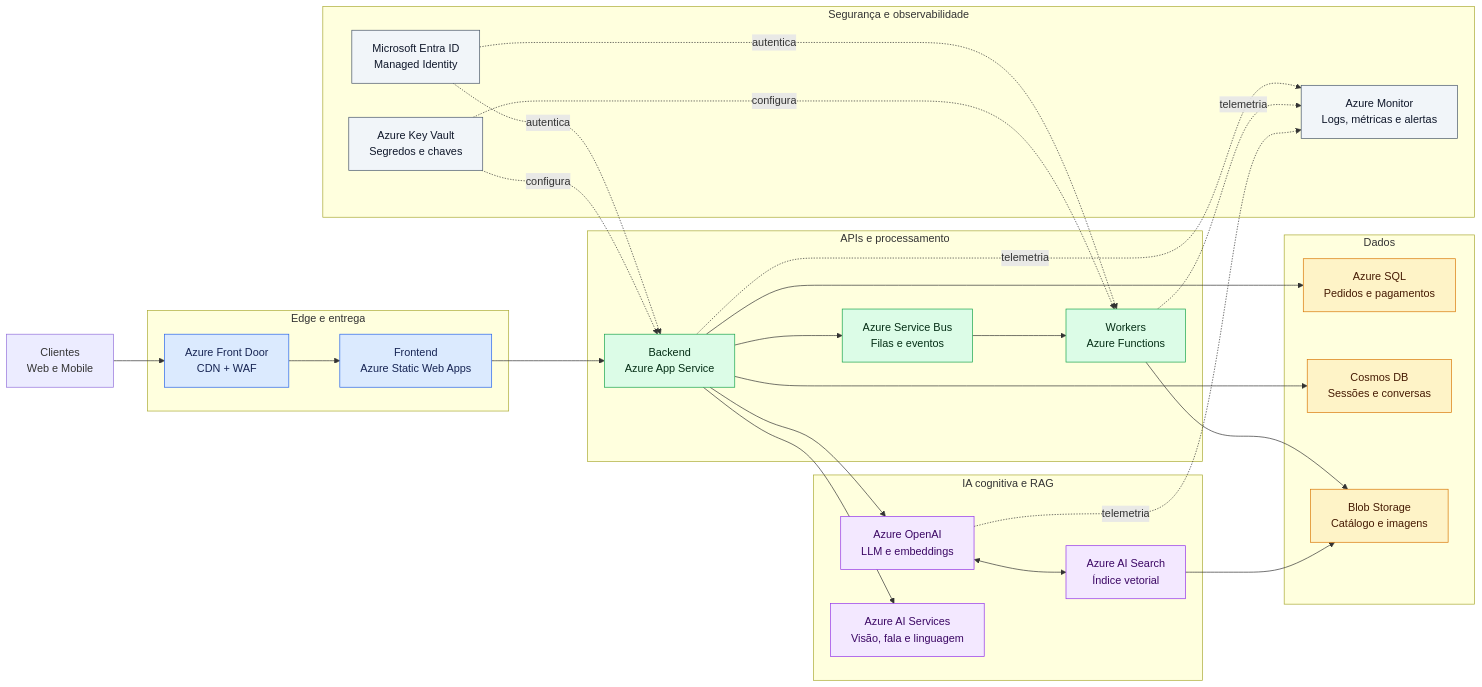
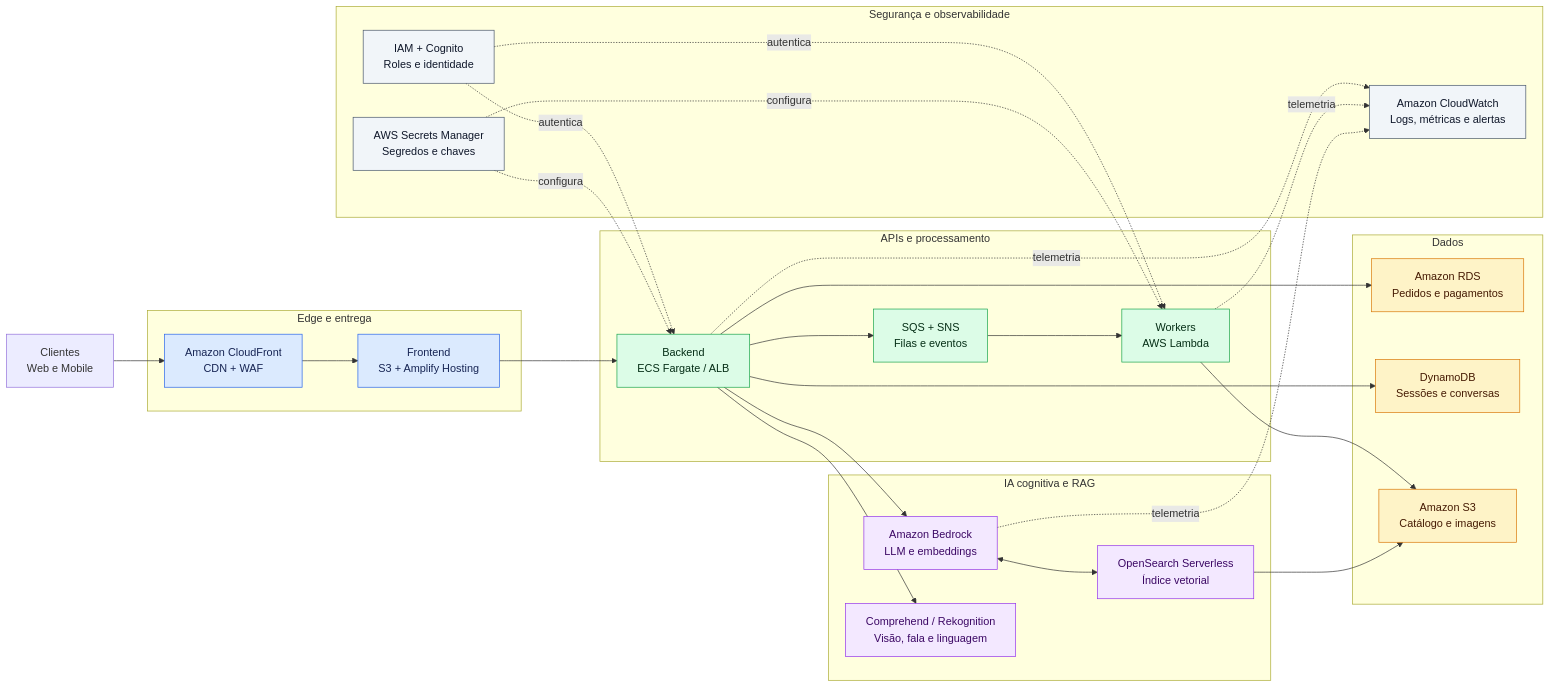
One commit to gabriel-dantas98/fiap-mba-multi-agent changed the diagram in cloud-cognitive/aula01/diagramas/arquitetura-qc-aula01.mmd. Above: the diagram before and after it, drawn with Mermaid. The commit also changed 6 other files, not shown here.

First line of the commit message:
docs(cloud-cognitive): fechar review da Aula 1 com fontes e AWS-first

```diff
--- a/cloud-cognitive/aula01/diagramas/arquitetura-qc-aula01.mmd
+++ b/cloud-cognitive/aula01/diagramas/arquitetura-qc-aula01.mmd
@@ -1,60 +1,60 @@
 flowchart LR
     users["Clientes<br/>Web e Mobile"]
 
     subgraph edge["Edge e entrega"]
-        frontDoor["Azure Front Door<br/>CDN + WAF"]
-        web["Frontend<br/>Azure Static Web Apps"]
+        cloudFront["Amazon CloudFront<br/>CDN + WAF"]
+        web["Frontend<br/>S3 + Amplify Hosting"]
     end
 
     subgraph compute["APIs e processamento"]
-        api["Backend<br/>Azure App Service"]
-        functions["Workers<br/>Azure Functions"]
-        bus["Azure Service Bus<br/>Filas e eventos"]
+        api["Backend<br/>ECS Fargate / ALB"]
+        functions["Workers<br/>AWS Lambda"]
+        bus["SQS + SNS<br/>Filas e eventos"]
     end
 
     subgraph ai["IA cognitiva e RAG"]
-        openai["Azure OpenAI<br/>LLM e embeddings"]
-        search["Azure AI Search<br/>Índice vetorial"]
-        cognitive["Azure AI Services<br/>Visão, fala e linguagem"]
+        bedrock["Amazon Bedrock<br/>LLM e embeddings"]
+        search["OpenSearch Serverless<br/>Índice vetorial"]
+        cognitive["Comprehend / Rekognition<br/>Visão, fala e linguagem"]
     end
 
     subgraph data["Dados"]
-        sql["Azure SQL<br/>Pedidos e pagamentos"]
-        cosmos["Cosmos DB<br/>Sessões e conversas"]
-        blob["Blob Storage<br/>Catálogo e imagens"]
+        sql["Amazon RDS<br/>Pedidos e pagamentos"]
+        dynamo["DynamoDB<br/>Sessões e conversas"]
+        s3["Amazon S3<br/>Catálogo e imagens"]
     end
 
     subgraph platform["Segurança e observabilidade"]
-        identity["Microsoft Entra ID<br/>Managed Identity"]
-        vault["Azure Key Vault<br/>Segredos e chaves"]
-        monitor["Azure Monitor<br/>Logs, métricas e alertas"]
+        identity["IAM + Cognito<br/>Roles e identidade"]
+        vault["AWS Secrets Manager<br/>Segredos e chaves"]
+        monitor["Amazon CloudWatch<br/>Logs, métricas e alertas"]
     end
 
-    users --> frontDoor --> web --> api
+    users --> cloudFront --> web --> api
     api --> sql
-    api --> cosmos
+    api --> dynamo
     api --> bus --> functions
-    functions --> blob
-    api --> openai
-    openai <--> search
-    search --> blob
+    functions --> s3
+    api --> bedrock
+    bedrock <--> search
+    search --> s3
     api --> cognitive
     identity -. autentica .-> api
     identity -. autentica .-> functions
     vault -. configura .-> api
     vault -. configura .-> functions
     api -. telemetria .-> monitor
     functions -. telemetria .-> monitor
-    openai -. telemetria .-> monitor
+    bedrock -. telemetria .-> monitor
 
     classDef edgeNode fill:#dbeafe,stroke:#2563eb,color:#172554;
     classDef computeNode fill:#dcfce7,stroke:#16a34a,color:#052e16;
     classDef aiNode fill:#f3e8ff,stroke:#9333ea,color:#3b0764;
     classDef dataNode fill:#fef3c7,stroke:#d97706,color:#451a03;
     classDef platformNode fill:#f1f5f9,stroke:#475569,color:#0f172a;
 
-    class frontDoor,web edgeNode;
+    class cloudFront,web edgeNode;
     class api,functions,bus computeNode;
-    class openai,search,cognitive aiNode;
-    class sql,cosmos,blob dataNode;
+    class bedrock,search,cognitive aiNode;
+    class sql,dynamo,s3 dataNode;
     class identity,vault,monitor platformNode;
```
